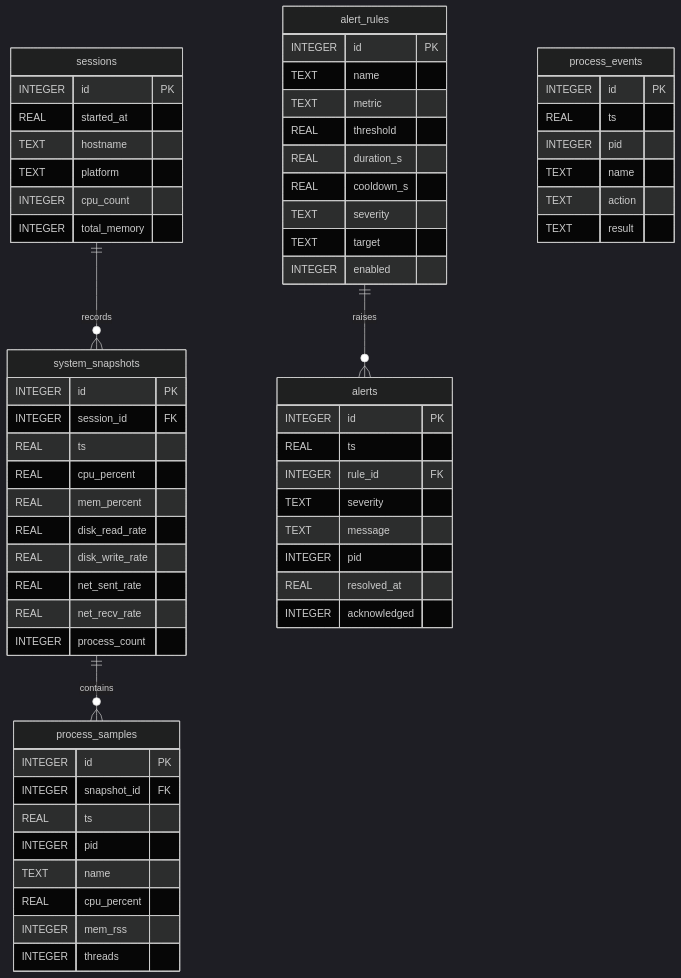
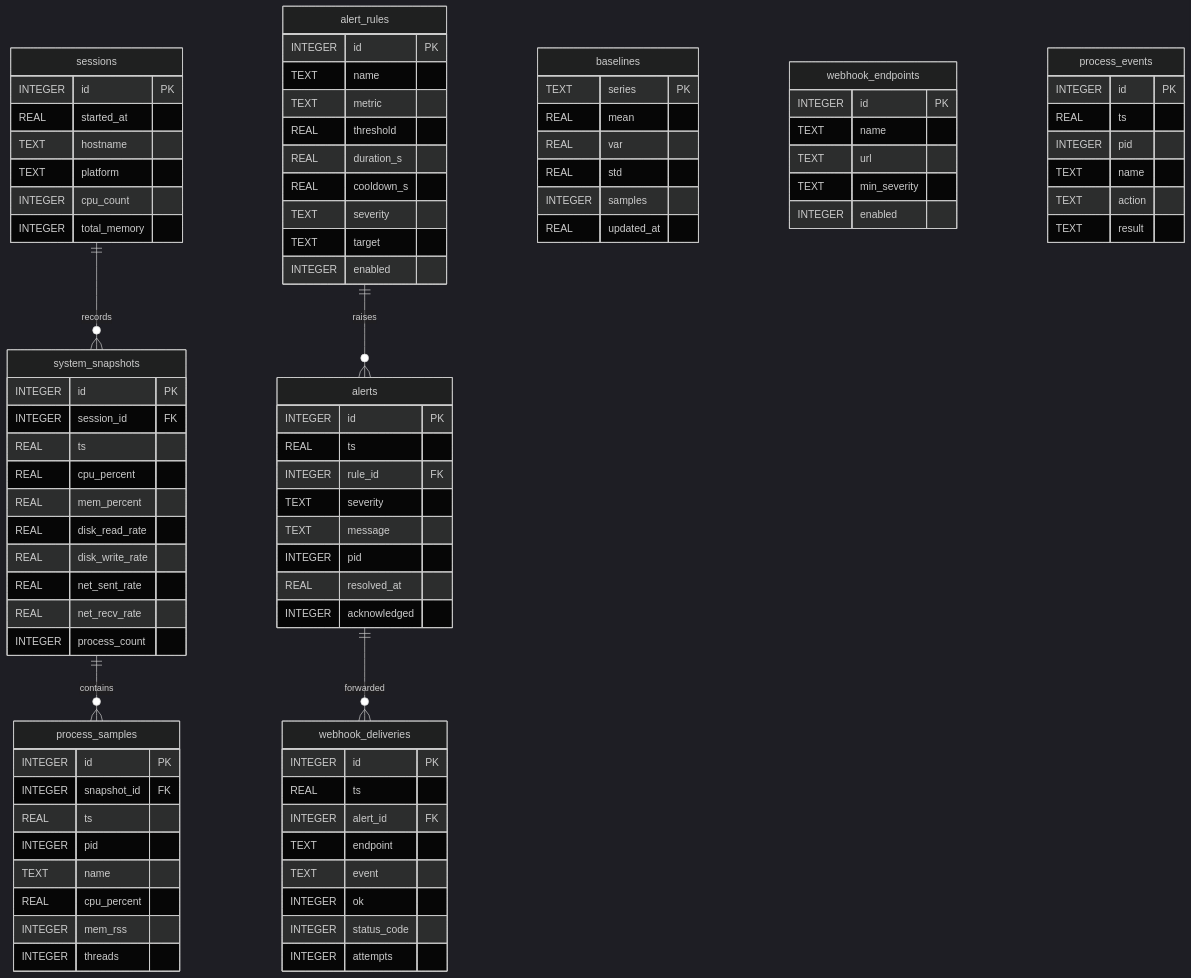
Before and after one commit to juanmiguelaasg/SystemProcessMonitor: the second of 2 diagrams in README.md, drawn with Mermaid (dark theme). The commit also changed other lines of this file and 2 other files, not shown here.

```diff
--- a/README.md
+++ b/README.md
@@ -285,6 +390,7 @@
     sessions ||--o{ system_snapshots : records
     system_snapshots ||--o{ process_samples : contains
     alert_rules ||--o{ alerts : raises
+    alerts ||--o{ webhook_deliveries : forwarded
     sessions {
         INTEGER id PK
         REAL started_at
@@ -336,6 +442,31 @@
         REAL resolved_at
         INTEGER acknowledged
     }
+    baselines {
+        TEXT series PK
+        REAL mean
+        REAL var
+        REAL std
+        INTEGER samples
+        REAL updated_at
+    }
+    webhook_endpoints {
+        INTEGER id PK
+        TEXT name
+        TEXT url
+        TEXT min_severity
+        INTEGER enabled
+    }
+    webhook_deliveries {
+        INTEGER id PK
+        REAL ts
+        INTEGER alert_id FK
+        TEXT endpoint
+        TEXT event
+        INTEGER ok
+        INTEGER status_code
+        INTEGER attempts
+    }
     process_events {
         INTEGER id PK
         REAL ts
```
